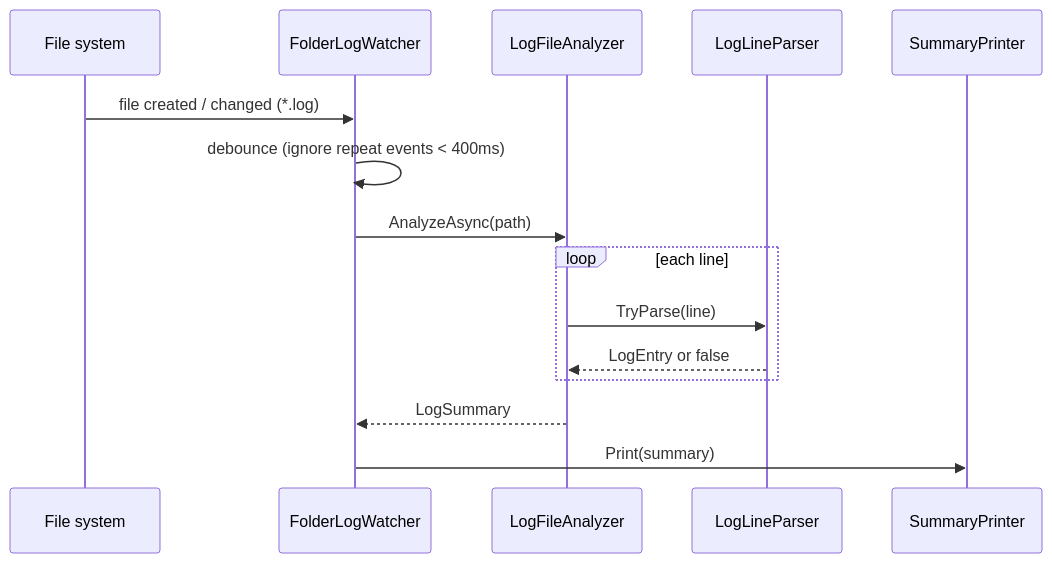
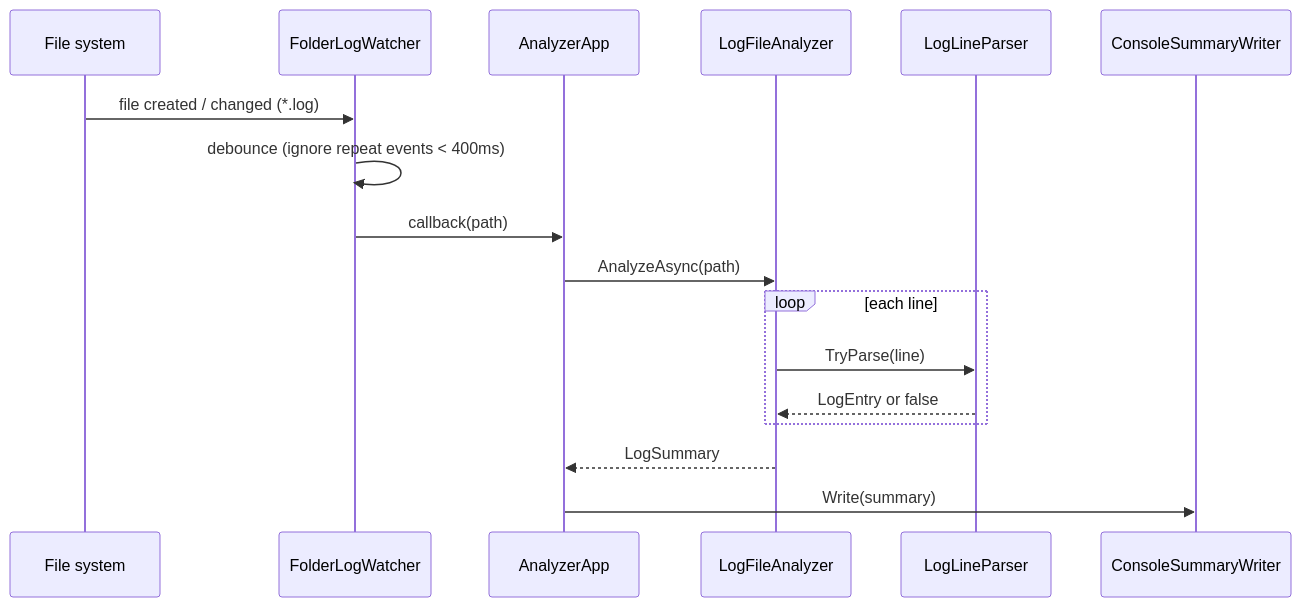
One commit to BenoitGoethals/PersonalManager changed the sixth of 6 diagrams in README.md. Above: the diagram before and after it, drawn with Mermaid. The commit also changed other lines of this file and 15 other files, not shown here.

````diff
--- a/README.md
+++ b/README.md
@@ -341,18 +345,20 @@
 ```mermaid
 sequenceDiagram
     participant FS as File system
     participant W as FolderLogWatcher
+    participant App as AnalyzerApp
     participant An as LogFileAnalyzer
     participant Pa as LogLineParser
-    participant Pr as SummaryPrinter
+    participant Wr as ConsoleSummaryWriter
 
     FS->>W: file created / changed (*.log)
     W->>W: debounce (ignore repeat events < 400ms)
-    W->>An: AnalyzeAsync(path)
+    W->>App: callback(path)
+    App->>An: AnalyzeAsync(path)
     loop each line
         An->>Pa: TryParse(line)
         Pa-->>An: LogEntry or false
     end
-    An-->>W: LogSummary
-    W->>Pr: Print(summary)
+    An-->>App: LogSummary
+    App->>Wr: Write(summary)
 ```
````
